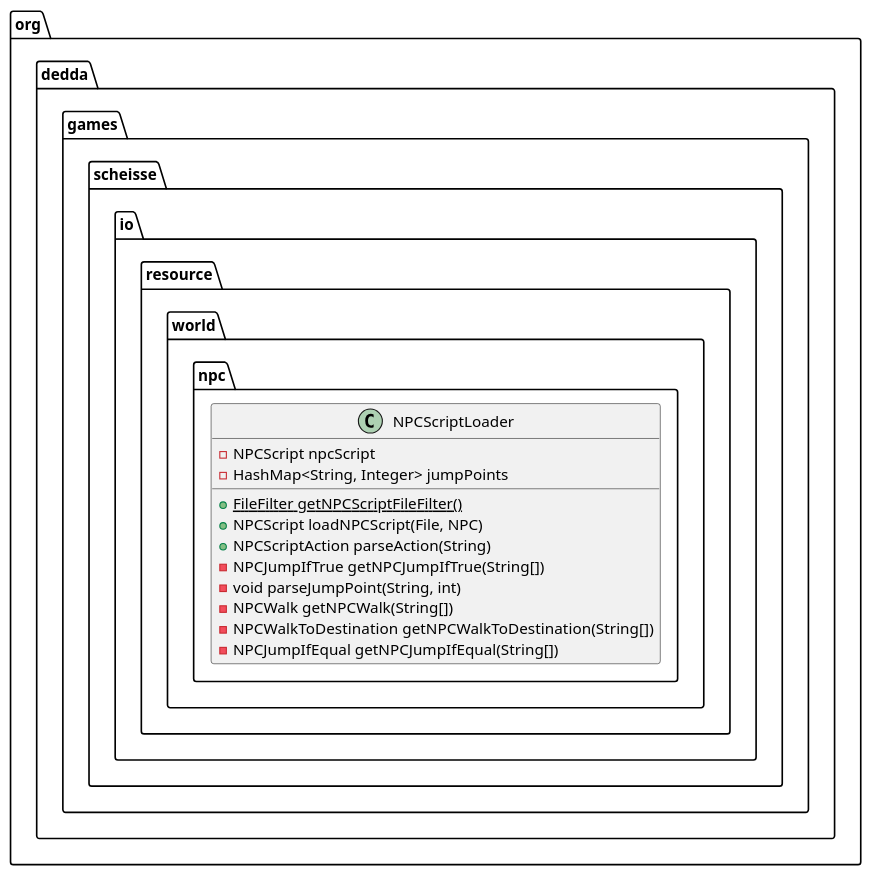
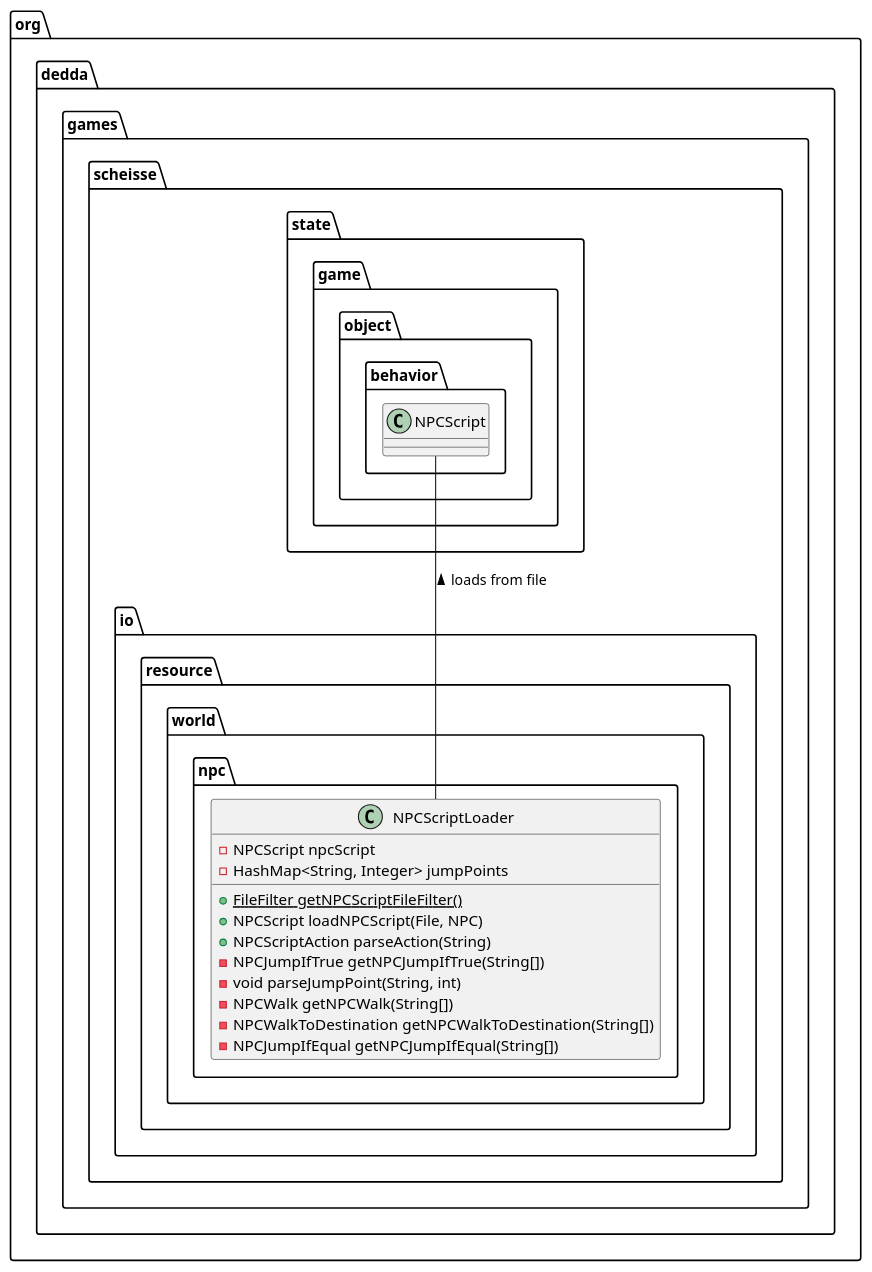
One commit to gitter-badger/scheisse changed the diagram in uml/classes/org.dedda.games.scheisse.io.resource.world.npc.NPCScriptLoader.puml. Above: the diagram before and after it, drawn with PlantUML. The commit also changed 16 other files, not shown here.

Commit message:
added more classes to uml and started to implement service client classes

```diff
--- a/uml/classes/org.dedda.games.scheisse.io.resource.world.npc.NPCScriptLoader.puml
+++ b/uml/classes/org.dedda.games.scheisse.io.resource.world.npc.NPCScriptLoader.puml
@@ -1,14 +1,18 @@
 @startuml
+class org.dedda.games.scheisse.state.game.object.behavior.NPCScript
+
 class org.dedda.games.scheisse.io.resource.world.npc.NPCScriptLoader{
     - NPCScript npcScript
     - HashMap<String, Integer> jumpPoints
     + {static} FileFilter getNPCScriptFileFilter()
     + NPCScript loadNPCScript(File, NPC)
     + NPCScriptAction parseAction(String)
     - NPCJumpIfTrue getNPCJumpIfTrue(String[])
     - void parseJumpPoint(String, int)
     - NPCWalk getNPCWalk(String[])
     - NPCWalkToDestination getNPCWalkToDestination(String[])
     - NPCJumpIfEqual getNPCJumpIfEqual(String[])
 }
+
+org.dedda.games.scheisse.state.game.object.behavior.NPCScript -- org.dedda.games.scheisse.io.resource.world.npc.NPCScriptLoader : < loads from file
 @enduml
```
